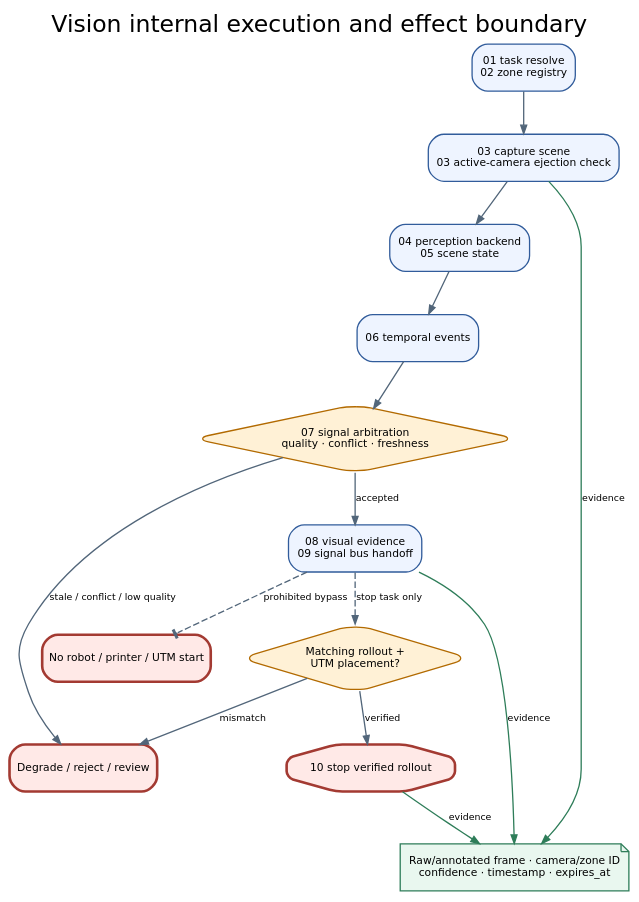
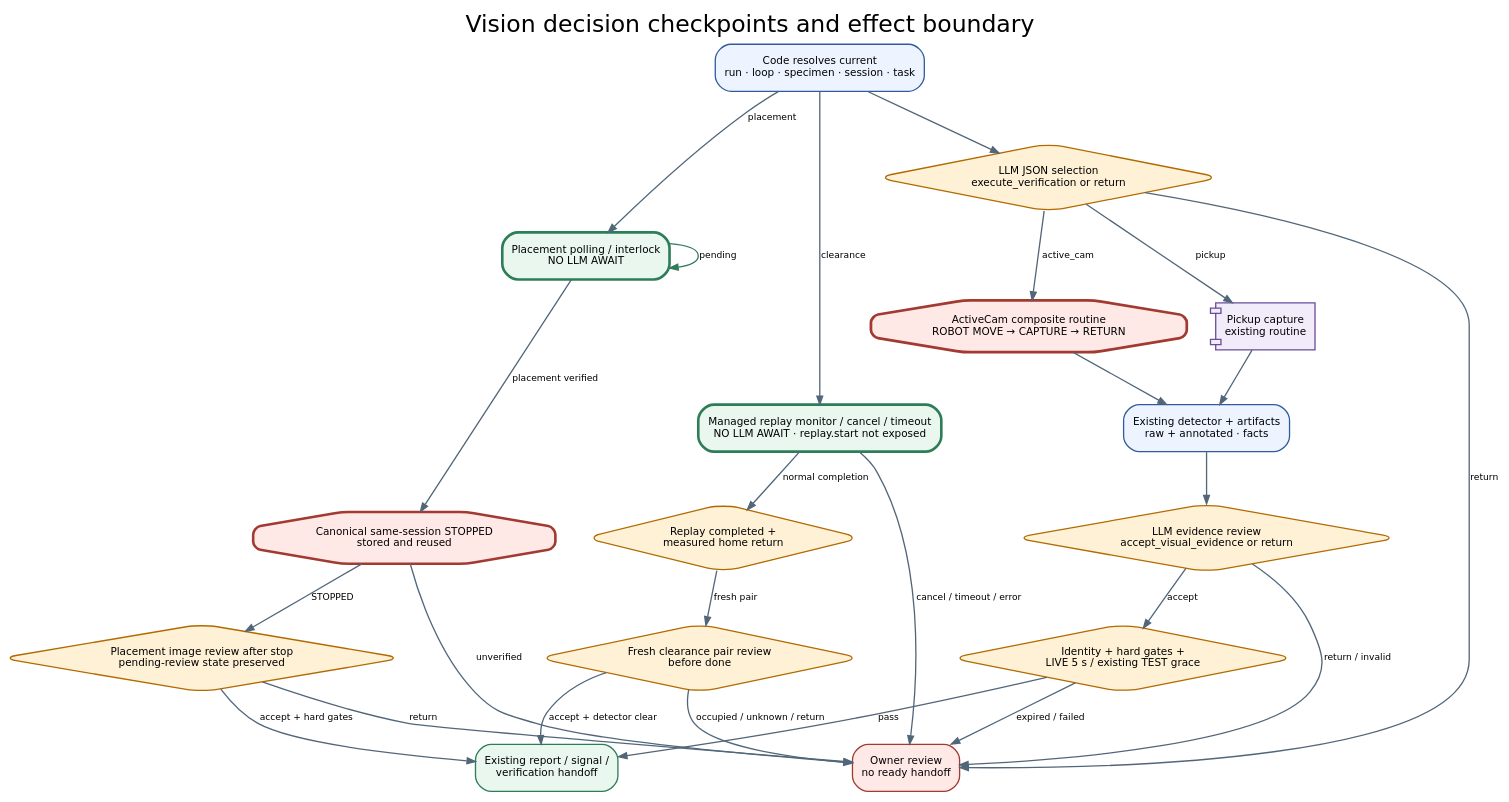
One commit to JIN9811/autonomous_researcher changed the diagram in docs/agents/assets/figures/vision_02_execution_effect_boundary.dot. Above: the diagram before and after it, drawn with Graphviz. The commit also changed 23 other files, not shown here.

```diff
--- a/docs/agents/assets/figures/vision_02_execution_effect_boundary.dot
+++ b/docs/agents/assets/figures/vision_02_execution_effect_boundary.dot
@@ -1,26 +1,51 @@
 digraph vision_execution_effect_boundary {
-  graph [rankdir=TB, bgcolor="transparent", pad="0.25", nodesep="0.30", ranksep="0.44", fontname="DejaVu Sans", label="Vision internal execution and effect boundary", labelloc="t", fontsize=18];
-  node [shape=box, style="rounded,filled", fillcolor="#EEF4FF", color="#315C9B", fontname="DejaVu Sans", fontsize=8.2, margin="0.09,0.06"];
-  edge [color="#52667A", fontname="DejaVu Sans", fontsize=7.2, arrowsize=0.65];
-  resolve [label="01 task resolve\n02 zone registry"];
-  capture [label="03 capture scene\n03 active-camera ejection check"];
-  perception [label="04 perception backend\n05 scene state"];
-  temporal [label="06 temporal events"];
-  arbitrate [label="07 signal arbitration\nquality · conflict · freshness", shape=diamond, fillcolor="#FFF1D6", color="#B26A00"];
-  package [label="08 visual evidence\n09 signal bus handoff"];
-  stopgate [label="Matching rollout +\nUTM placement?", shape=diamond, fillcolor="#FFF1D6", color="#B26A00"];
-  stop [label="10 stop verified rollout", shape=octagon, fillcolor="#FFE9E7", color="#A33A32", penwidth=2];
-  evidence [label="Raw/annotated frame · camera/zone ID\nconfidence · timestamp · expires_at", shape=note, fillcolor="#E9F7EF", color="#2E7D59"];
-  reject [label="Degrade / reject / review", fillcolor="#FFE9E7", color="#A33A32", penwidth=2];
-  no_start [label="No robot / printer / UTM start", fillcolor="#FFE9E7", color="#A33A32", penwidth=2];
-  resolve -> capture -> perception -> temporal -> arbitrate;
-  arbitrate -> package [label="accepted"];
-  arbitrate -> reject [label="stale / conflict / low quality"];
-  package -> stopgate [style=dashed, label="stop task only"];
-  stopgate -> stop [label="verified"];
-  stopgate -> reject [label="mismatch"];
-  capture -> evidence [label="evidence", color="#2E7D59"];
-  package -> evidence [label="evidence", color="#2E7D59"];
-  stop -> evidence [label="evidence", color="#2E7D59"];
-  package -> no_start [style=dashed, arrowhead=tee, label="prohibited bypass"];
+  graph [rankdir=TB, bgcolor="transparent", pad="0.25", nodesep="0.30", ranksep="0.43", fontname="DejaVu Sans", label="Vision decision checkpoints and effect boundary", labelloc="t", fontsize=18];
+  node [shape=box, style="rounded,filled", fillcolor="#EEF4FF", color="#315C9B", fontname="DejaVu Sans", fontsize=8.0, margin="0.09,0.06"];
+  edge [color="#52667A", fontname="DejaVu Sans", fontsize=7.0, arrowsize=0.64];
+
+  scope [label="Code resolves current\nrun · loop · specimen · session · task"];
+  select [label="LLM JSON selection\nexecute_verification or return", shape=diamond, fillcolor="#FFF1D6", color="#B26A00"];
+  owner [label="Owner review\nno ready handoff", fillcolor="#FFE9E7", color="#A33A32"];
+
+  pickup [label="Pickup capture\nexisting routine", shape=component, fillcolor="#F2ECFA", color="#6B4C9A"];
+  activecam [label="ActiveCam composite routine\nROBOT MOVE → CAPTURE → RETURN", shape=octagon, fillcolor="#FFE9E7", color="#A33A32", penwidth=2.1];
+  detector [label="Existing detector + artifacts\nraw + annotated · facts"];
+  review [label="LLM evidence review\naccept_visual_evidence or return", shape=diamond, fillcolor="#FFF1D6", color="#B26A00"];
+  fresh [label="Identity + hard gates +\nLIVE 5 s / existing TEST grace", shape=diamond, fillcolor="#FFF1D6", color="#B26A00"];
+
+  polling [label="Placement polling / interlock\nNO LLM AWAIT", style="rounded,filled,bold", fillcolor="#E9F7EF", color="#2E7D59"];
+  stop [label="Canonical same-session STOPPED\nstored and reused", shape=octagon, fillcolor="#FFE9E7", color="#A33A32", penwidth=2];
+  placement_review [label="Placement image review after stop\npending-review state preserved", shape=diamond, fillcolor="#FFF1D6", color="#B26A00"];
+
+  replay [label="Managed replay monitor / cancel / timeout\nNO LLM AWAIT · replay.start not exposed", style="rounded,filled,bold", fillcolor="#E9F7EF", color="#2E7D59"];
+  home [label="Replay completed +\nmeasured home return", shape=diamond, fillcolor="#FFF1D6", color="#B26A00"];
+  clearance_review [label="Fresh clearance pair review\nbefore done", shape=diamond, fillcolor="#FFF1D6", color="#B26A00"];
+  done [label="Existing report / signal /\nverification handoff", fillcolor="#E9F7EF", color="#2E7D59"];
+
+  scope -> select;
+  select -> owner [label="return"];
+  select -> pickup [label="pickup"];
+  select -> activecam [label="active_cam"];
+  pickup -> detector;
+  activecam -> detector;
+  detector -> review;
+  review -> fresh [label="accept"];
+  review -> owner [label="return / invalid"];
+  fresh -> done [label="pass"];
+  fresh -> owner [label="expired / failed"];
+
+  scope -> polling [label="placement"];
+  polling -> polling [label="pending", color="#2E7D59"];
+  polling -> stop [label="placement verified"];
+  stop -> placement_review [label="STOPPED"];
+  stop -> owner [label="unverified"];
+  placement_review -> done [label="accept + hard gates"];
+  placement_review -> owner [label="return"];
+
+  scope -> replay [label="clearance"];
+  replay -> home [label="normal completion"];
+  replay -> owner [label="cancel / timeout / error"];
+  home -> clearance_review [label="fresh pair"];
+  clearance_review -> done [label="accept + detector clear"];
+  clearance_review -> owner [label="occupied / unknown / return"];
 }
```
